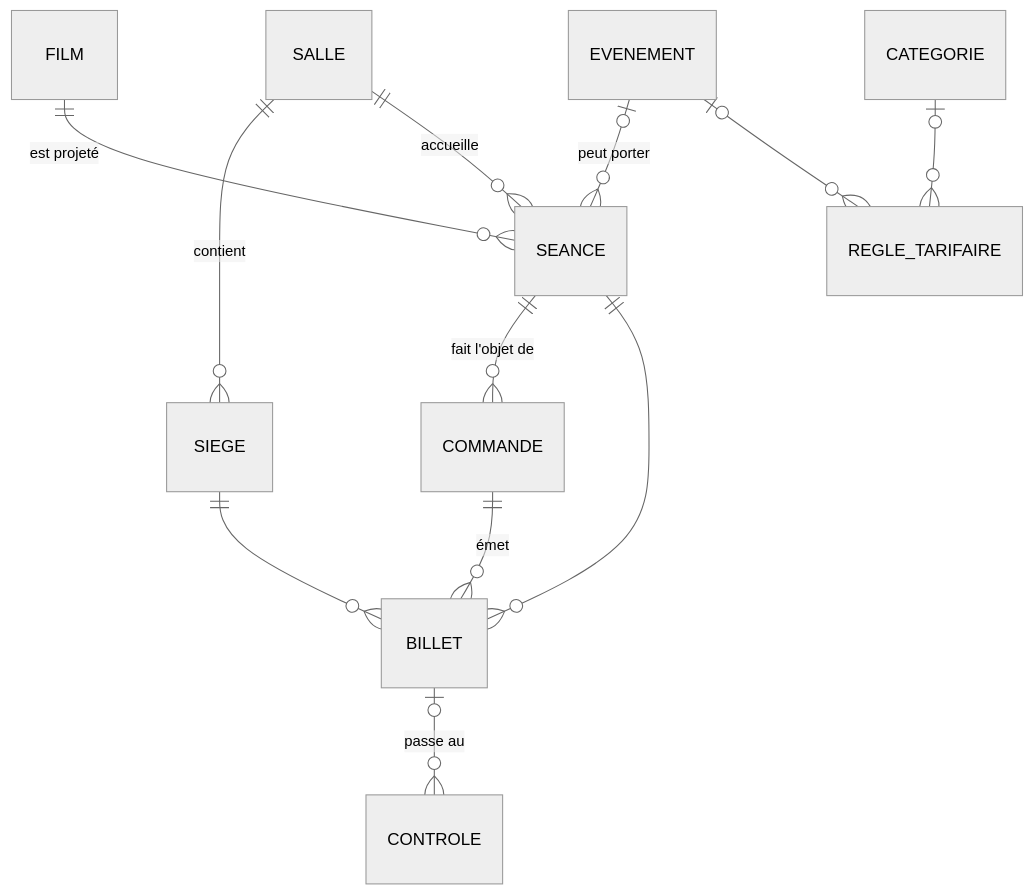
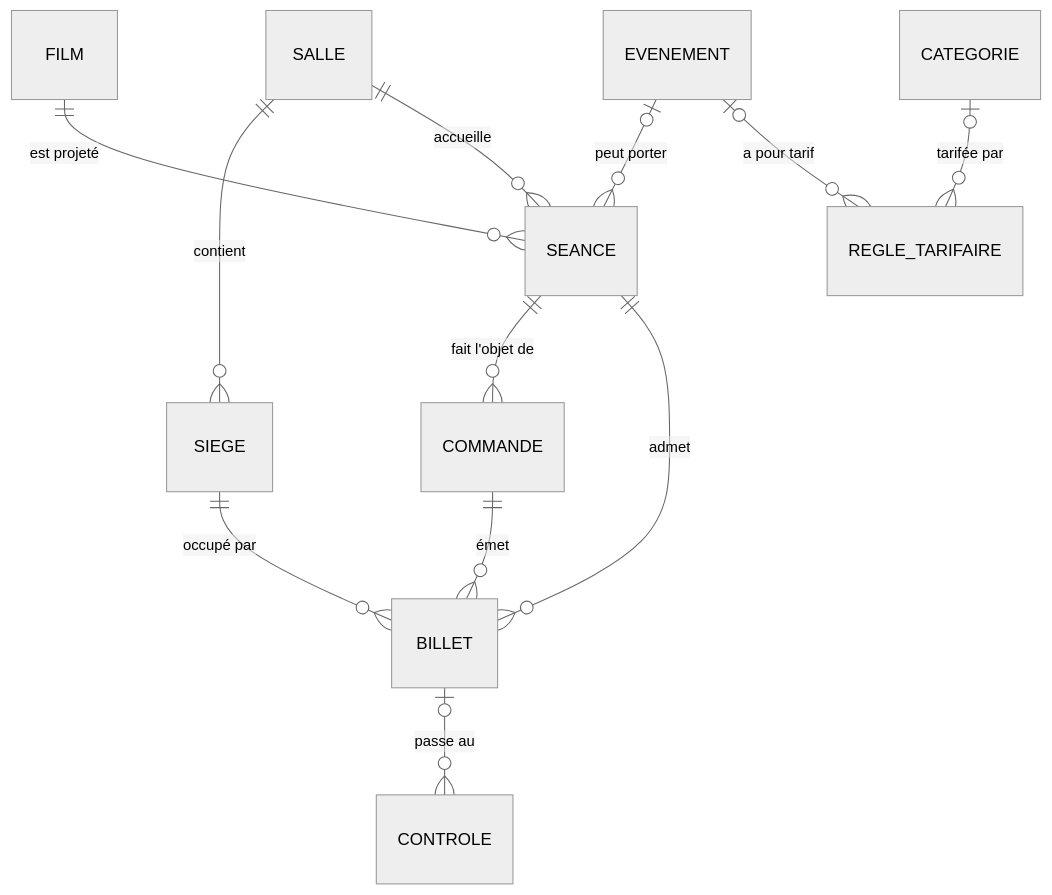
The diagram in README.md (aztrooow/projet_architecture_web), drawn with Mermaid (neutral theme) before and after one commit. The commit also changed other lines of this file and 2 other files, not shown here.

Commit message:
docs: architecture diagram and technical documentation

````diff
--- a/README.md
+++ b/README.md
@@ -173,14 +151,14 @@
 ```mermaid
 erDiagram
     SALLE ||--o{ SIEGE : contient
     SALLE ||--o{ SEANCE : accueille
     FILM ||--o{ SEANCE : "est projeté"
     EVENEMENT |o--o{ SEANCE : "peut porter"
     SEANCE ||--o{ COMMANDE : "fait l'objet de"
     COMMANDE ||--o{ BILLET : "émet"
-    SEANCE ||--o{ BILLET : ""
-    SIEGE ||--o{ BILLET : ""
+    SEANCE ||--o{ BILLET : admet
+    SIEGE ||--o{ BILLET : "occupé par"
     BILLET |o--o{ CONTROLE : "passe au"
-    EVENEMENT |o--o{ REGLE_TARIFAIRE : ""
-    CATEGORIE |o--o{ REGLE_TARIFAIRE : ""
+    EVENEMENT |o--o{ REGLE_TARIFAIRE : "a pour tarif"
+    CATEGORIE |o--o{ REGLE_TARIFAIRE : "tarifée par"
 ```
````
